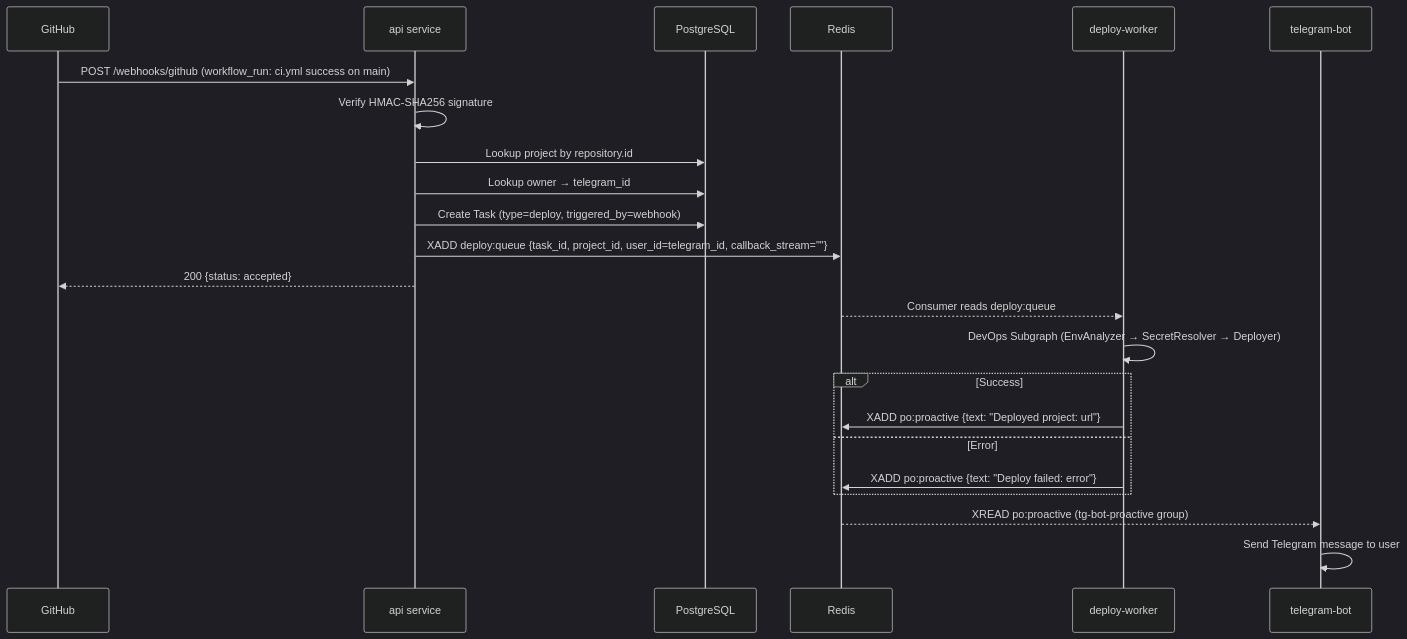
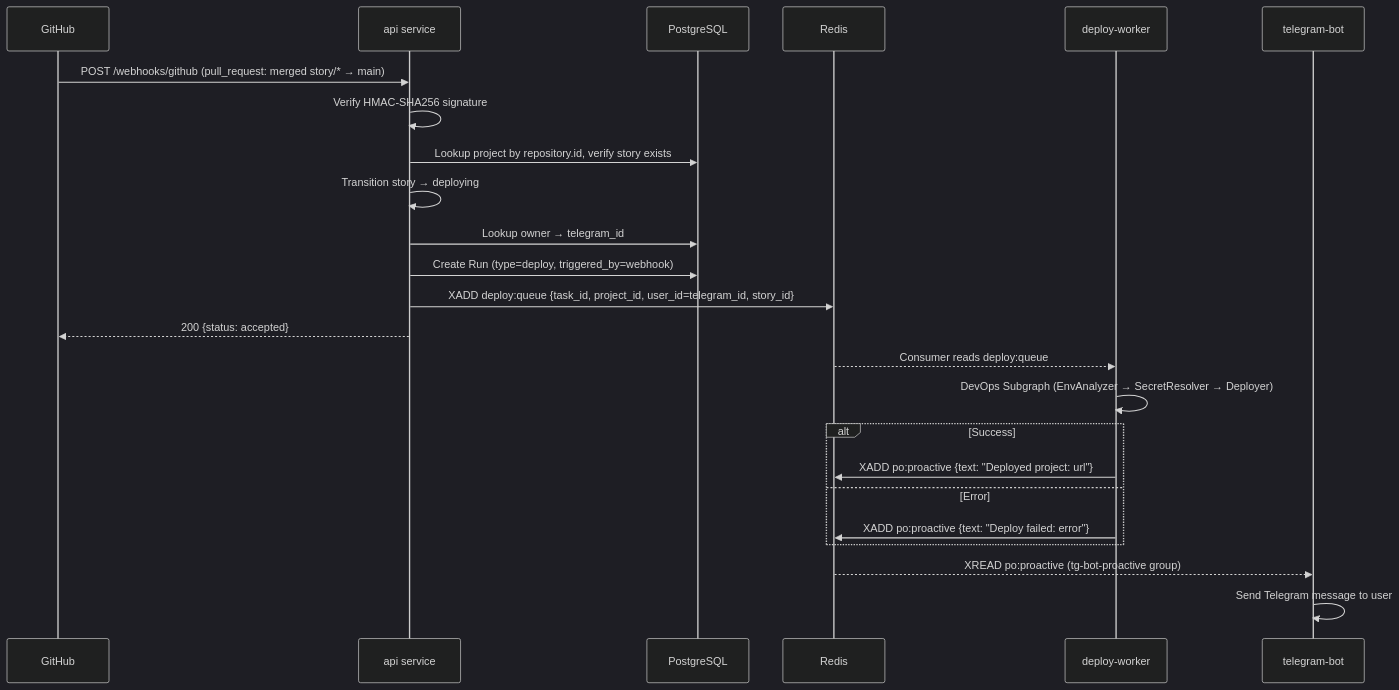
The third of 3 diagrams in docs/CONTRACTS.md (vladmesh/codegen_orchestrator), drawn with Mermaid (dark theme) before and after one commit. The commit also changed other lines of this file and 5 other files, not shown here.

````diff
--- a/docs/CONTRACTS.md
+++ b/docs/CONTRACTS.md
@@ -224,26 +224,27 @@
 ```mermaid
 sequenceDiagram
     participant GH as GitHub
     participant API as api service
     participant DB as PostgreSQL
     participant Redis
     participant DW as deploy-worker
     participant TG as telegram-bot
 
-    GH->>API: POST /webhooks/github (workflow_run: ci.yml success on main)
+    GH->>API: POST /webhooks/github (pull_request: merged story/* → main)
     API->>API: Verify HMAC-SHA256 signature
-    API->>DB: Lookup project by repository.id
+    API->>DB: Lookup project by repository.id, verify story exists
+    API->>API: Transition story → deploying
     API->>DB: Lookup owner → telegram_id
-    API->>DB: Create Task (type=deploy, triggered_by=webhook)
-    API->>Redis: XADD deploy:queue {task_id, project_id, user_id=telegram_id, callback_stream=""}
+    API->>DB: Create Run (type=deploy, triggered_by=webhook)
+    API->>Redis: XADD deploy:queue {task_id, project_id, user_id=telegram_id, story_id}
     API-->>GH: 200 {status: accepted}
     Redis-->>DW: Consumer reads deploy:queue
     DW->>DW: DevOps Subgraph (EnvAnalyzer → SecretResolver → Deployer)
     alt Success
         DW->>Redis: XADD po:proactive {text: "Deployed project: url"}
     else Error
         DW->>Redis: XADD po:proactive {text: "Deploy failed: error"}
     end
     Redis-->>TG: XREAD po:proactive (tg-bot-proactive group)
     TG->>TG: Send Telegram message to user
 ```
````
